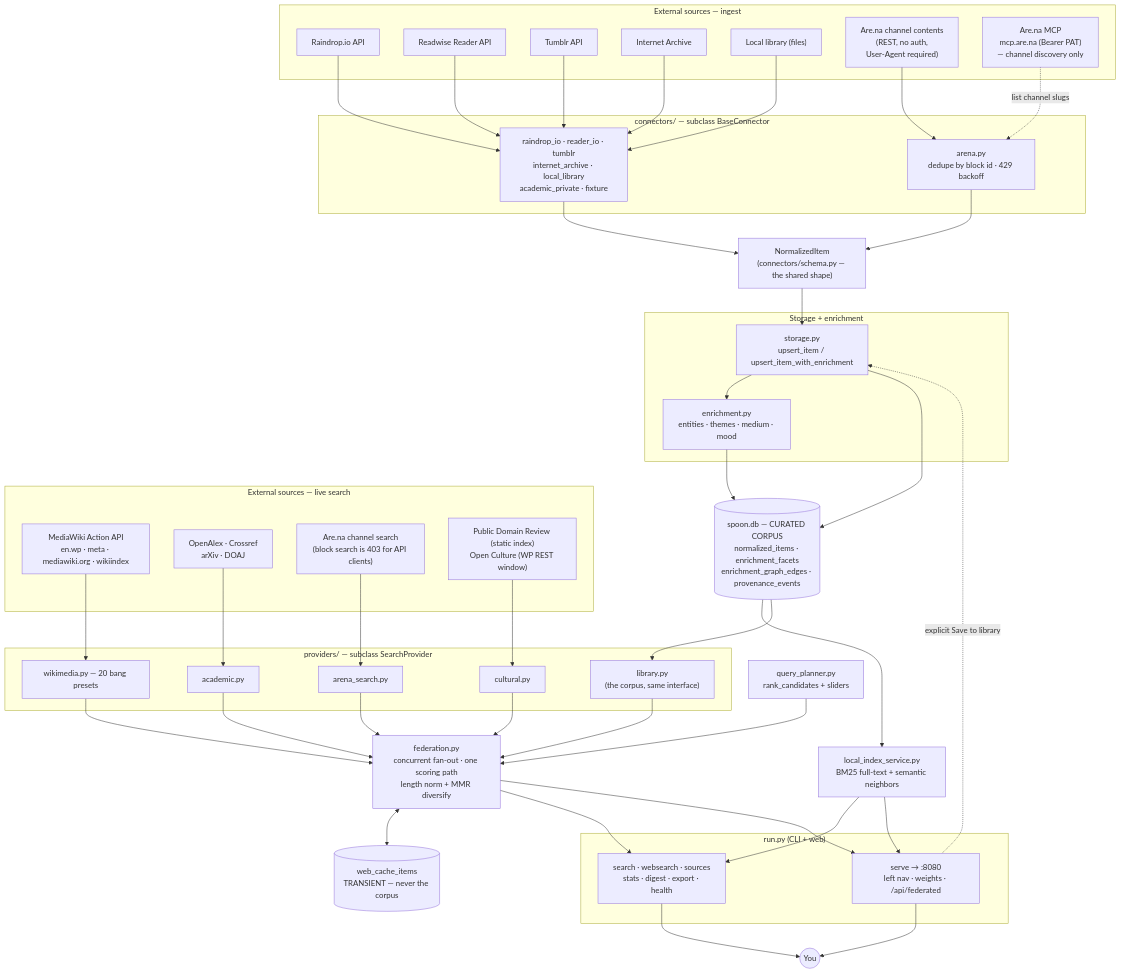
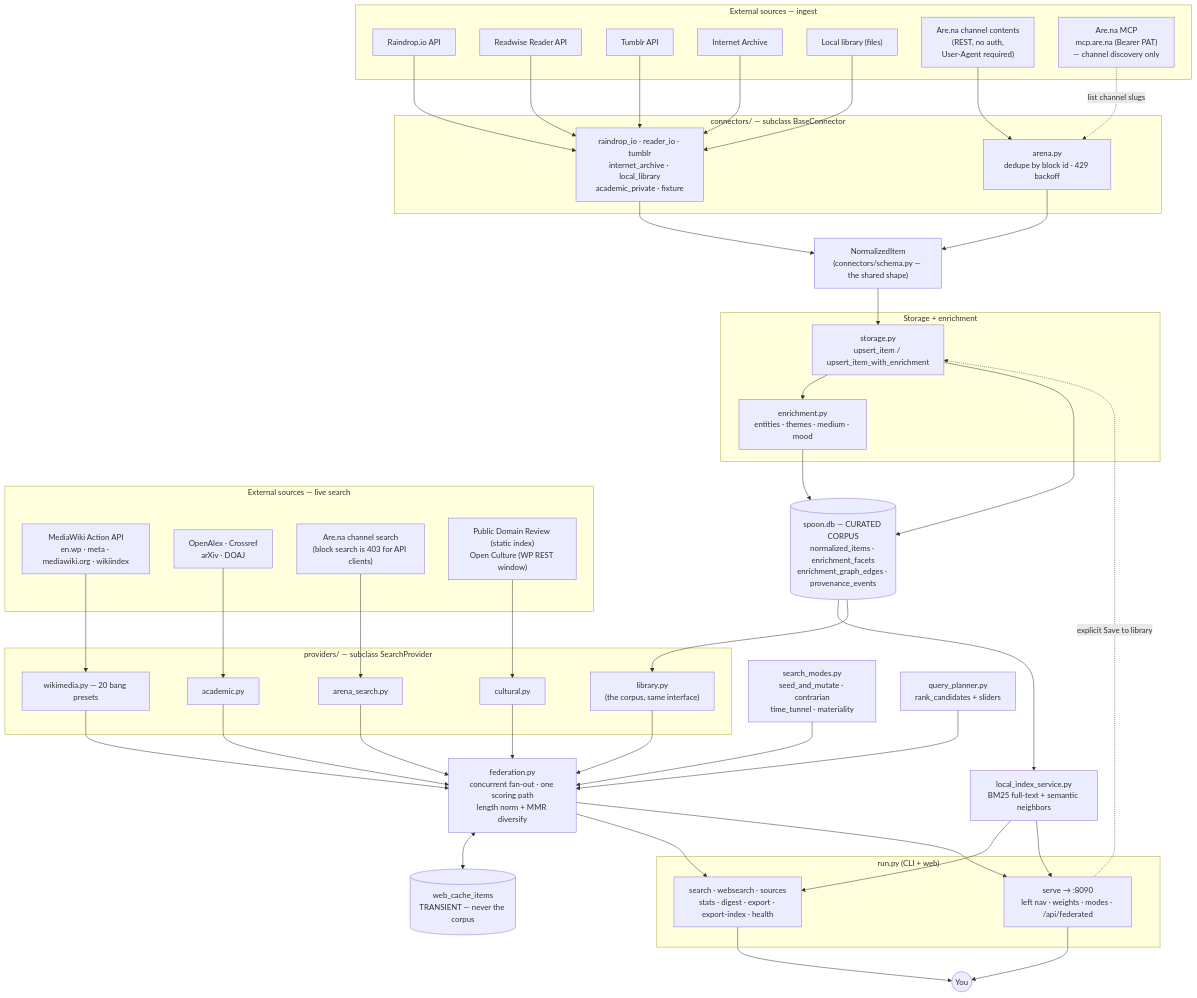
Before and after one commit to TheGesturalist/stunning-octo-spoon: the diagram in ARCHITECTURE.md, drawn with Mermaid. The commit also changed other lines of this file and 5 other files, not shown here.

```diff
--- a/ARCHITECTURE.md
+++ b/ARCHITECTURE.md
@@ -52,11 +52,12 @@
 
     CACHE[("web_cache_items<br/>TRANSIENT — never the corpus")]
     FED["federation.py<br/>concurrent fan-out · one scoring path<br/>length norm + MMR diversify"]
+    MODES["search_modes.py<br/>seed_and_mutate · contrarian<br/>time_tunnel · materiality"]
     QP["query_planner.py<br/>rank_candidates + sliders"]
 
     subgraph UI["run.py (CLI + web)"]
-        CLI["search · websearch · sources<br/>stats · digest · export · health"]
-        WEB["serve → :8080<br/>left nav · weights · /api/federated"]
+        CLI["search · websearch · sources<br/>stats · digest · export · export-index · health"]
+        WEB["serve → :8090<br/>left nav · weights · modes · /api/federated"]
     end
 
     USER(("You"))
@@ -89,6 +90,7 @@
     P5 --> FED
     FED <--> CACHE
     QP --> FED
+    MODES --> FED
     FED --> CLI
     FED --> WEB
     IDX --> WEB
```
